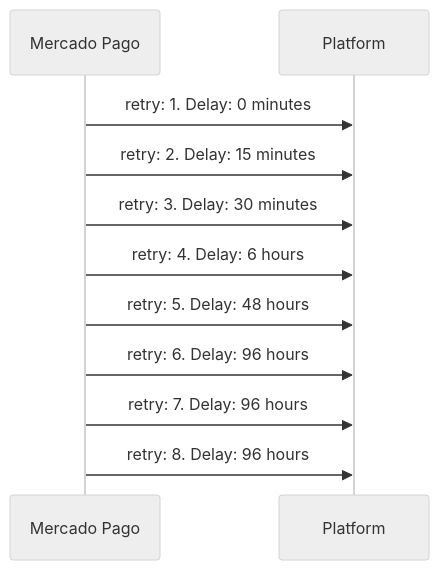
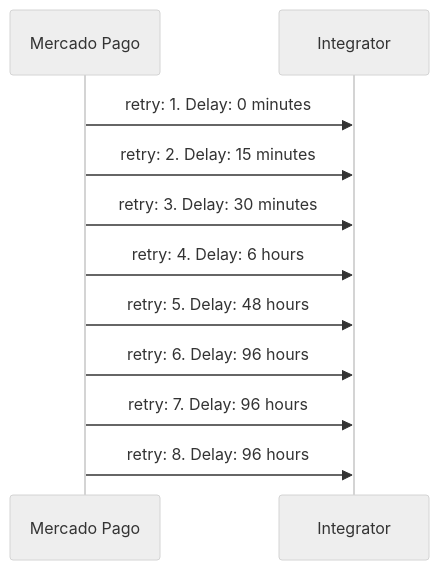
The diagram in guides/checkout-pro/notifications.en.md (22Neves/devsite-docs), drawn with Mermaid (neutral theme) before and after one commit. The commit also changed 2 other files, not shown here.

Commit message:
cambio de wording en diagrama de notificaciones

```diff
--- a/guides/checkout-pro/notifications.en.md
+++ b/guides/checkout-pro/notifications.en.md
@@ -721,14 +721,14 @@
 <pre class="mermaid">
 sequenceDiagram
     participant MercadoPago as Mercado Pago
-    participant Platform as Platform
+    participant Integrator as Integrator
 
-    MercadoPago->>Platform: retry: 1. Delay: 0 minutes
-    MercadoPago->>Platform: retry: 2. Delay: 15 minutes
-    MercadoPago->>Platform: retry: 3. Delay: 30 minutes
-    MercadoPago->>Platform: retry: 4. Delay: 6 hours
-    MercadoPago->>Platform: retry: 5. Delay: 48 hours
-    MercadoPago->>Platform: retry: 6. Delay: 96 hours
-    MercadoPago->>Platform: retry: 7. Delay: 96 hours
-    MercadoPago->>Platform: retry: 8. Delay: 96 hours
+    MercadoPago->>Integrator: retry: 1. Delay: 0 minutes
+    MercadoPago->>Integrator: retry: 2. Delay: 15 minutes
+    MercadoPago->>Integrator: retry: 3. Delay: 30 minutes
+    MercadoPago->>Integrator: retry: 4. Delay: 6 hours
+    MercadoPago->>Integrator: retry: 5. Delay: 48 hours
+    MercadoPago->>Integrator: retry: 6. Delay: 96 hours
+    MercadoPago->>Integrator: retry: 7. Delay: 96 hours
+    MercadoPago->>Integrator: retry: 8. Delay: 96 hours
 </pre>
```
